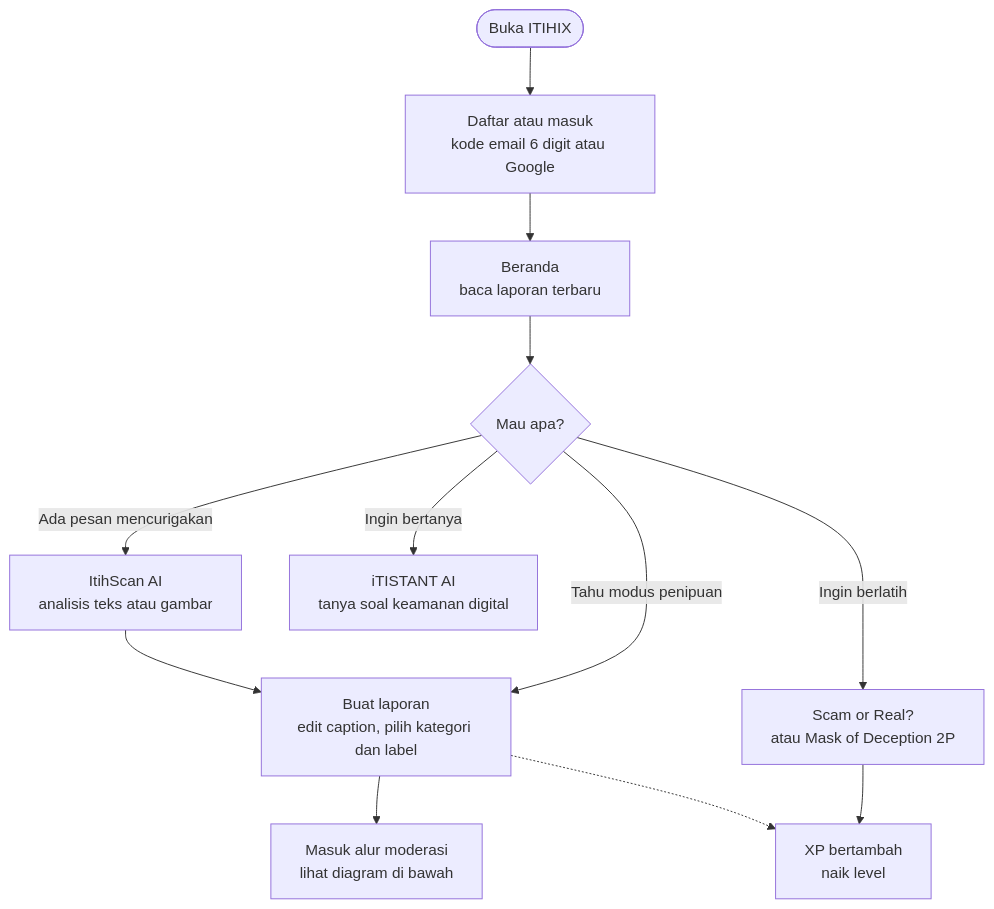
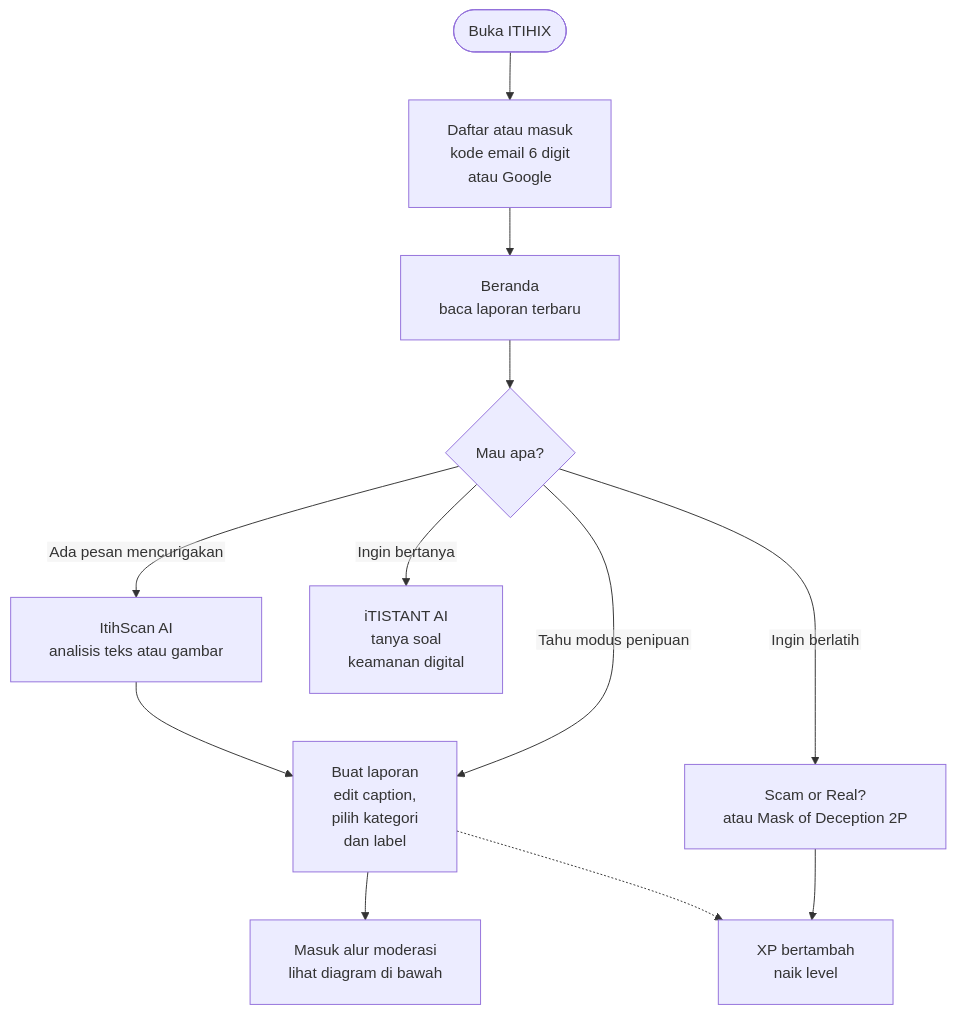
One commit to ZaidAlHibb/ITIHIX changed the first of 12 diagrams in README.md. Above: the diagram before and after it, drawn with Mermaid. The commit also changed other lines of this file, not shown here.

````diff
--- a/README.md
+++ b/README.md
@@ -300,14 +303,15 @@
 ```mermaid
+%%{init: {"flowchart": {"htmlLabels": false, "padding": 20}, "themeVariables": {"fontFamily": "Arial, Helvetica, sans-serif"}}}%%
 flowchart TD
-    A([Buka ITIHIX]) --> B[Daftar atau masuk<br/>kode email 6 digit atau Google]
+    A([Buka ITIHIX]) --> B[Daftar atau masuk<br/>kode email 6 digit<br/>atau Google]
     B --> C[Beranda<br/>baca laporan terbaru]
     C --> D{Mau apa?}
     D -->|Ada pesan mencurigakan| E[ItihScan AI<br/>analisis teks atau gambar]
-    D -->|Ingin bertanya| F[iTISTANT AI<br/>tanya soal keamanan digital]
+    D -->|Ingin bertanya| F[iTISTANT AI<br/>tanya soal<br/>keamanan digital]
     D -->|Ingin berlatih| G[Scam or Real?<br/>atau Mask of Deception 2P]
     D -->|Tahu modus penipuan| H
-    E --> H[Buat laporan<br/>edit caption, pilih kategori dan label]
+    E --> H[Buat laporan<br/>edit caption,<br/>pilih kategori<br/>dan label]
     H --> I[Masuk alur moderasi<br/>lihat diagram di bawah]
     G --> J[XP bertambah<br/>naik level]
     H -.-> J
 ```
````
